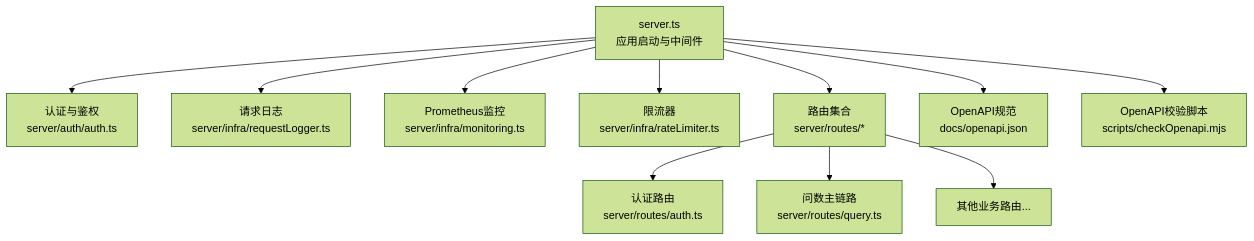
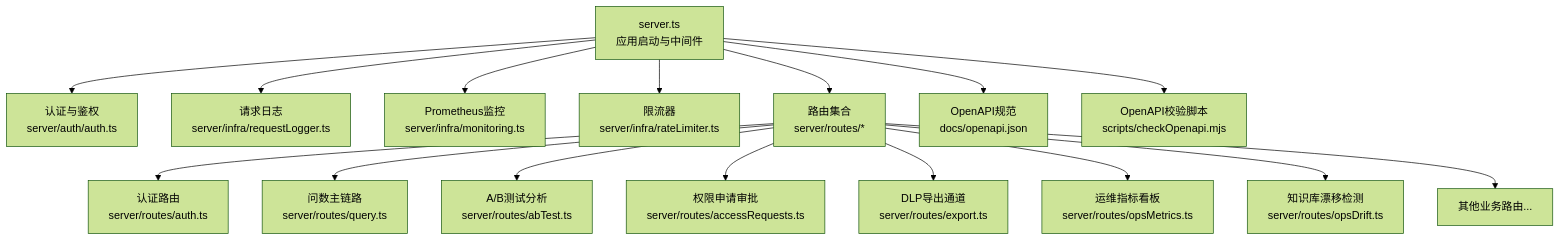
One commit to dgjin/smart-data-analytics changed the first of 7 diagrams in .qoder/repowiki/zh/content/后端服务/API设计与规范/API设计与规范.md. Above: the diagram before and after it, drawn with Mermaid (forest theme). The commit also changed other lines of this file and 100 other files, not shown here.

````diff
--- a/.qoder/repowiki/zh/content/后端服务/API设计与规范/API设计与规范.md
+++ b/.qoder/repowiki/zh/content/后端服务/API设计与规范/API设计与规范.md
@@ -37,13 +56,18 @@
 ```mermaid
 graph TB
 A["server.ts<br/>应用启动与中间件"] --> B["认证与鉴权<br/>server/auth/auth.ts"]
 A --> C["请求日志<br/>server/infra/requestLogger.ts"]
 A --> D["Prometheus监控<br/>server/infra/monitoring.ts"]
 A --> E["限流器<br/>server/infra/rateLimiter.ts"]
 A --> F["路由集合<br/>server/routes/*"]
 F --> F1["认证路由<br/>server/routes/auth.ts"]
 F --> F2["问数主链路<br/>server/routes/query.ts"]
-F --> F3["其他业务路由..."]
+F --> F3["A/B测试分析<br/>server/routes/abTest.ts"]
+F --> F4["权限申请审批<br/>server/routes/accessRequests.ts"]
+F --> F5["DLP导出通道<br/>server/routes/export.ts"]
+F --> F6["运维指标看板<br/>server/routes/opsMetrics.ts"]
+F --> F7["知识库漂移检测<br/>server/routes/opsDrift.ts"]
+F --> F8["其他业务路由..."]
 A --> G["OpenAPI规范<br/>docs/openapi.json"]
 A --> H["OpenAPI校验脚本<br/>scripts/checkOpenapi.mjs"]
 ```
````
